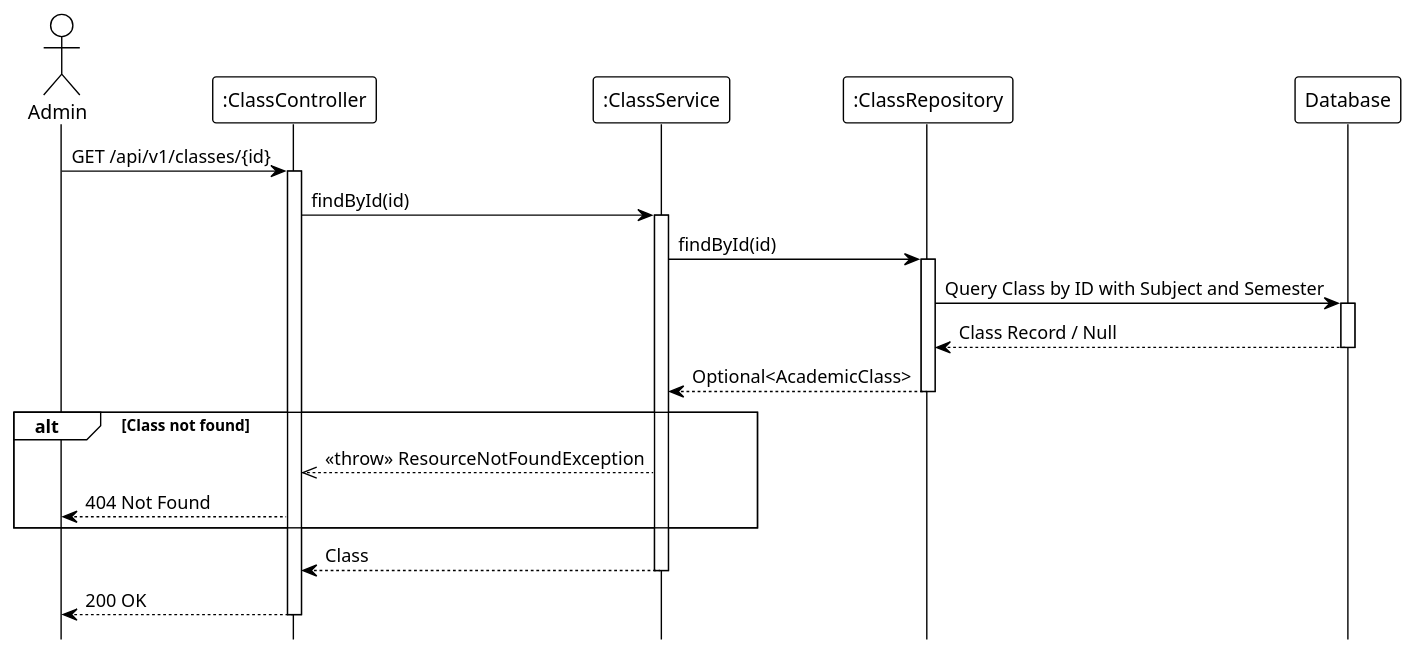
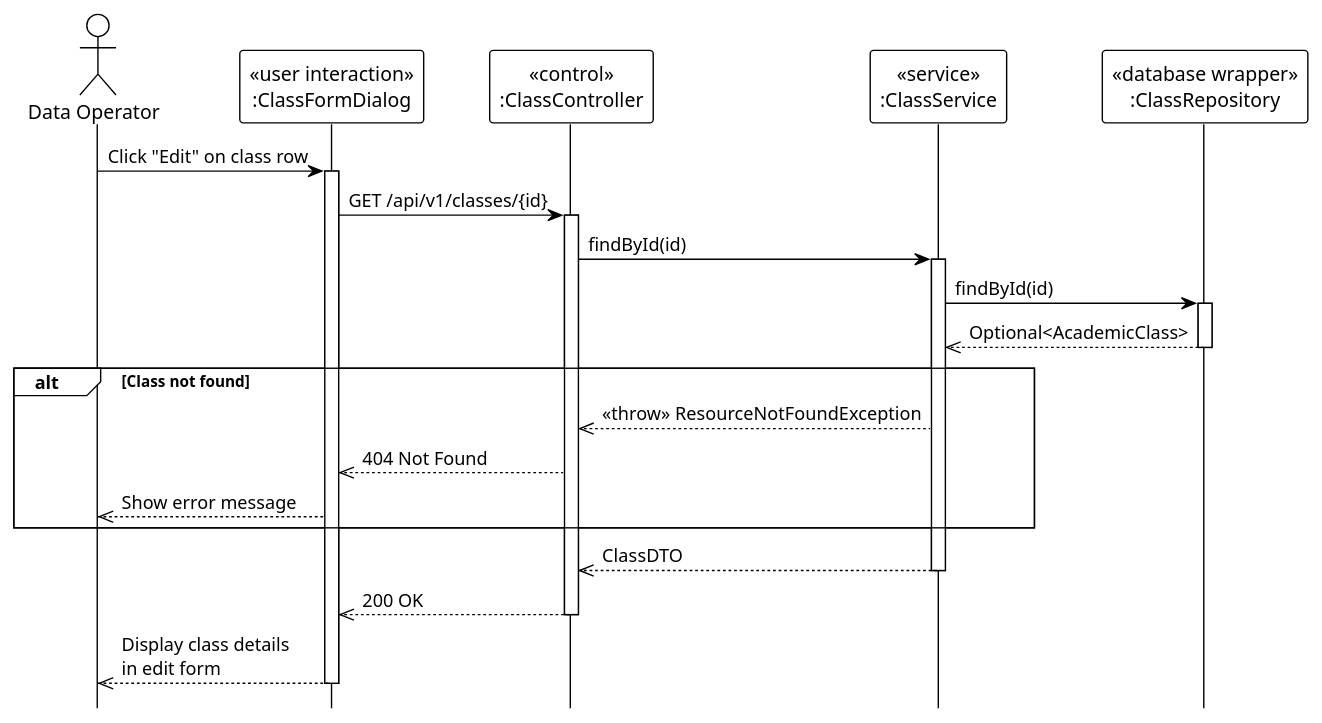
One commit to Ndh474/context changed the diagram in system_detailed_design/24_view_class_details/sequence_diagram_view_class_details.puml. Above: the diagram before and after it, drawn with PlantUML. The commit also changed 5 other files, not shown here.

Commit message:
docs(system_detailed_design): add UML stereotypes to class sequence diagrams

```diff
--- a/system_detailed_design/24_view_class_details/sequence_diagram_view_class_details.puml
+++ b/system_detailed_design/24_view_class_details/sequence_diagram_view_class_details.puml
@@ -1,43 +1,42 @@
 @startuml view_class_details
 !theme plain
 hide footbox
 
-actor Admin
-participant ":ClassController" as Controller
-participant ":ClassService" as Service
-participant ":ClassRepository" as Repository
-participant "Database" as DB
+actor "Data Operator" as DataOperator
 
-' --- MAIN FLOW ---
-Admin -> Controller: GET /api/v1/classes/{id}
+participant "«user interaction»\n:ClassFormDialog" as UI
+participant "«control»\n:ClassController" as Controller
+participant "«service»\n:ClassService" as Service
+participant "«database wrapper»\n:ClassRepository" as Repository
+
+' === MAIN FLOW ===
+DataOperator -> UI: Click "Edit" on class row
+activate UI
+
+UI -> Controller: GET /api/v1/classes/{id}
 activate Controller
 
 Controller -> Service: findById(id)
 activate Service
 
 Service -> Repository: findById(id)
 activate Repository
-
-Repository -> DB: Query Class by ID with Subject and Semester
-activate DB
-DB --> Repository: Class Record / Null
-deactivate DB
-
-Repository --> Service: Optional<AcademicClass>
+Repository -->> Service: Optional<AcademicClass>
 deactivate Repository
 
-' --- VALIDATION LOGIC ---
 alt Class not found
     Service -->> Controller: <<throw>> ResourceNotFoundException
-    Controller --> Admin: 404 Not Found
+    Controller -->> UI: 404 Not Found
+    UI -->> DataOperator: Show error message
 end
 
-' Count queries (internal: students, slots)
-
-Service --> Controller: Class
+Service -->> Controller: ClassDTO
 deactivate Service
 
-Controller --> Admin: 200 OK
+Controller -->> UI: 200 OK
 deactivate Controller
 
+UI -->> DataOperator: Display class details\nin edit form
+deactivate UI
+
 @enduml
```
